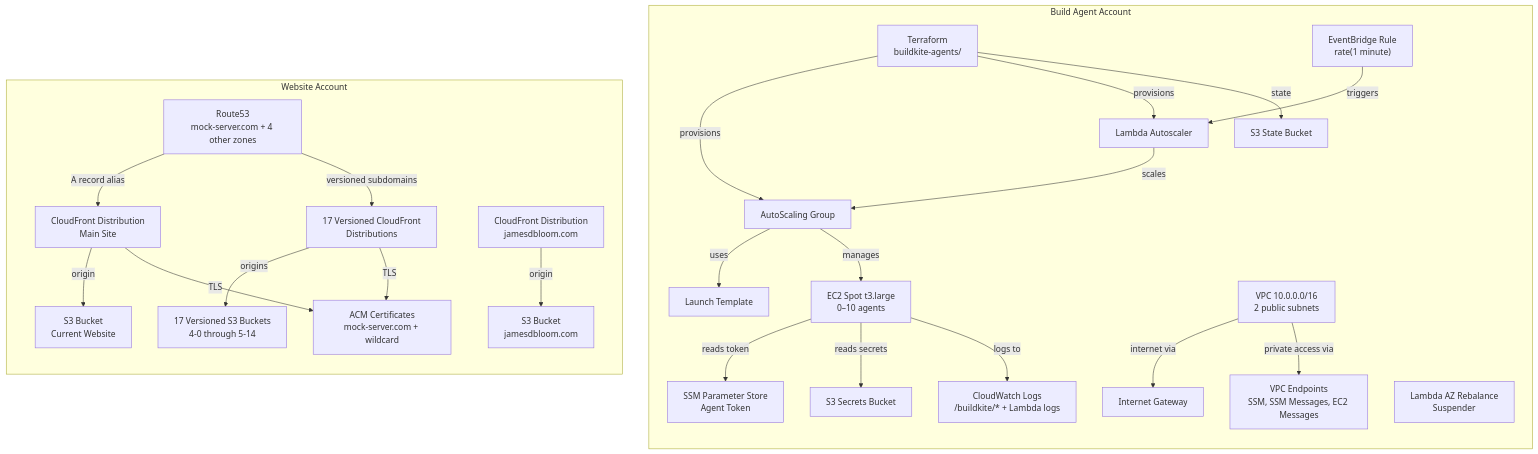
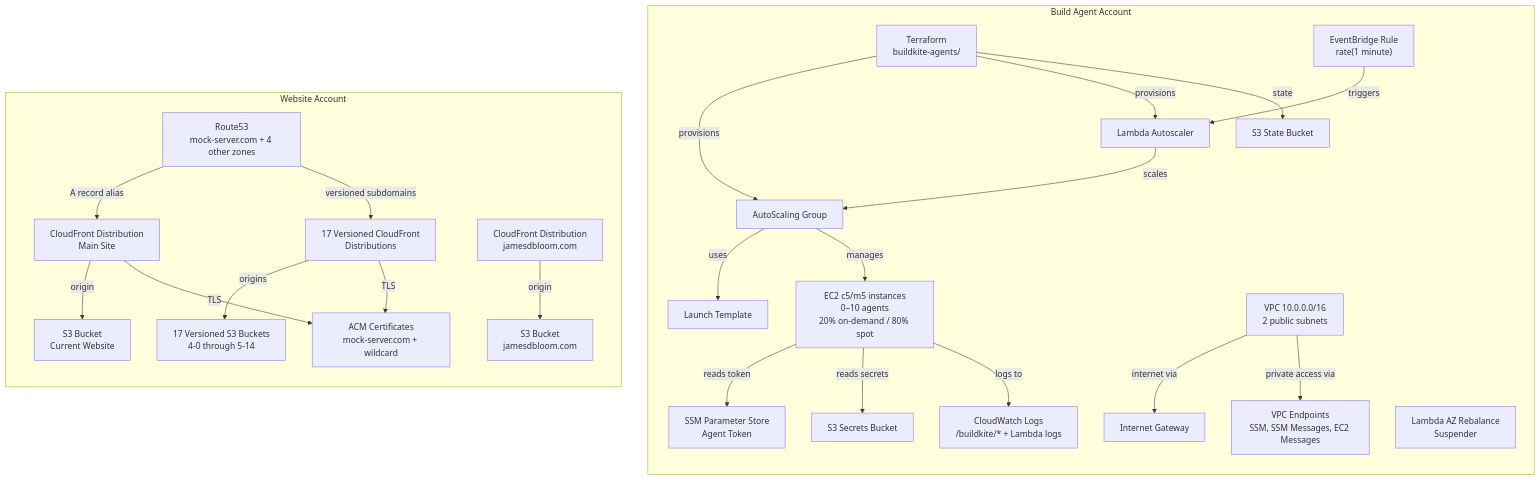
Before and after one commit to mock-server/mockserver: the first of 5 diagrams in docs/infrastructure/aws-infrastructure.md, drawn with Mermaid. The commit also changed other lines of this file and 6 other files, not shown here.

````diff
--- a/docs/infrastructure/aws-infrastructure.md
+++ b/docs/infrastructure/aws-infrastructure.md
@@ -7,69 +7,70 @@
 ```mermaid
 graph TB
     subgraph "Build Agent Account"
         direction TB
         TF["Terraform
 buildkite-agents/"]
         ASG["AutoScaling Group"]
         SCALER["Lambda Autoscaler"]
         AZ_LAMBDA["Lambda AZ Rebalance
 Suspender"]
-        EC2["EC2 Spot t3.large
-0–10 agents"]
+        EC2["EC2 c5/m5 instances
+0–10 agents
+20% on-demand / 80% spot"]
         SSM["SSM Parameter Store
 Agent Token"]
         S3_SECRETS["S3 Secrets Bucket"]
         S3_STATE["S3 State Bucket"]
         VPC["VPC 10.0.0.0/16
 2 public subnets"]
         VPCE["VPC Endpoints
 SSM, SSM Messages, EC2 Messages"]
         IGW["Internet Gateway"]
         LT["Launch Template"]
         CW["CloudWatch Logs
 /buildkite/* + Lambda logs"]
         EB["EventBridge Rule
 rate(1 minute)"]
     end
 
     subgraph "Website Account"
         direction TB
         S3["S3 Bucket
 Current Website"]
         S3V["17 Versioned S3 Buckets
 4-0 through 5-14"]
         S3P["S3 Bucket
 jamesdbloom.com"]
         CDN["CloudFront Distribution
 Main Site"]
         CDNV["17 Versioned CloudFront
 Distributions"]
         CDNP["CloudFront Distribution
 jamesdbloom.com"]
         R53["Route53
 mock-server.com + 4 other zones"]
         ACM["ACM Certificates
 mock-server.com + wildcard"]
     end
 
     TF -->|provisions| ASG
     TF -->|provisions| SCALER
     TF -->|state| S3_STATE
     EB -->|triggers| SCALER
     SCALER -->|scales| ASG
     ASG -->|uses| LT
     ASG -->|manages| EC2
     EC2 -->|reads token| SSM
     EC2 -->|reads secrets| S3_SECRETS
     VPC -->|internet via| IGW
     VPC -->|private access via| VPCE
     EC2 -->|logs to| CW
 
     R53 -->|A record alias| CDN
     R53 -->|versioned subdomains| CDNV
     CDN -->|origin| S3
     CDNV -->|origins| S3V
     CDNP -->|origin| S3P
     CDN -->|TLS| ACM
     CDNV -->|TLS| ACM
 ```
````
